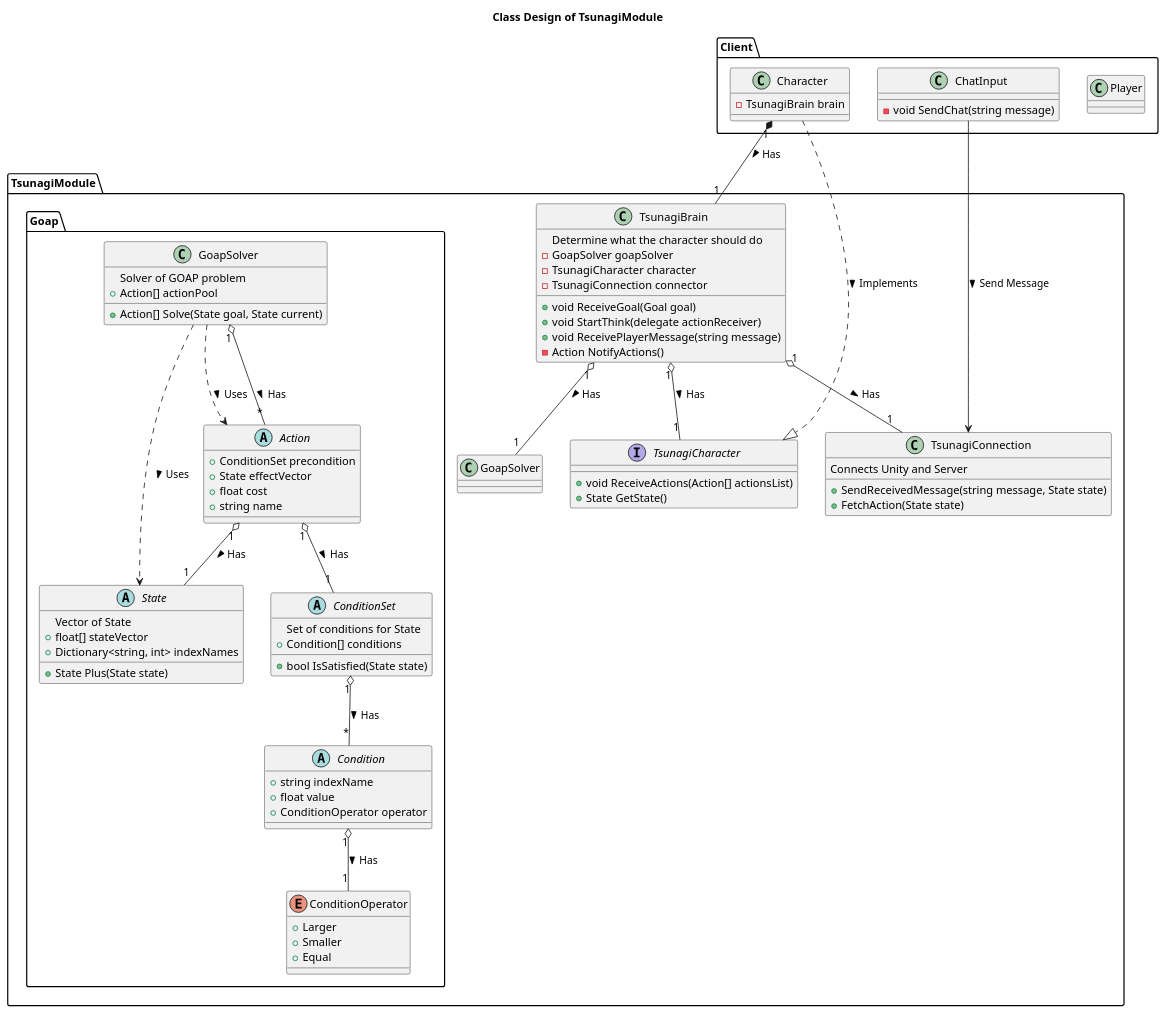
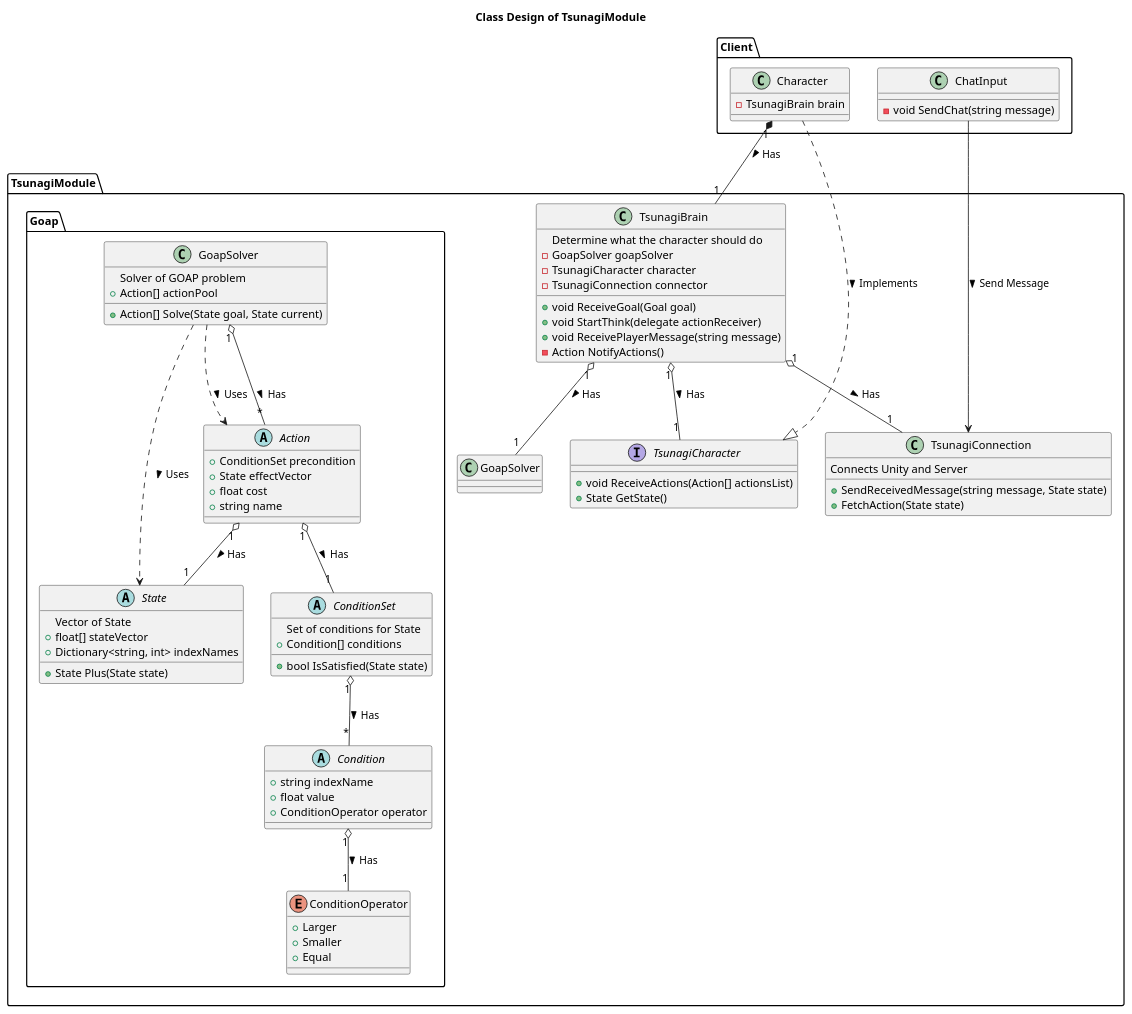
One commit to tsunagi-ai/UnityModuleDesign changed the diagram in classes.puml. Above: the diagram before and after it, drawn with PlantUML.

Commit message:
delete player class

```diff
--- a/classes.puml
+++ b/classes.puml
@@ -1,94 +1,91 @@
 @startuml
 title Class Design of TsunagiModule
 
 package TsunagiModule {
   class TsunagiBrain {
     Determine what the character should do
     +void ReceiveGoal(Goal goal)
     +void StartThink(delegate actionReceiver)
     +void ReceivePlayerMessage(string message)
     -Action NotifyActions()
     -GoapSolver goapSolver
     -TsunagiCharacter character
     -TsunagiConnection connector
   }
   TsunagiBrain "1" o-- "1" GoapSolver : Has >
   TsunagiBrain "1" o-- "1" TsunagiConnection : Has >
   TsunagiBrain "1" o-- "1" TsunagiCharacter : Has >
   
   class TsunagiConnection {
     Connects Unity and Server
     +SendReceivedMessage(string message, State state)
     +FetchAction(State state)
   }
 
   interface TsunagiCharacter {
     +void ReceiveActions(Action[] actionsList)
     +State GetState()
   }
 
   package Goap{
     class GoapSolver {
       Solver of GOAP problem
       +Action[] Solve(State goal, State current)
       +Action[] actionPool
     }
     GoapSolver ..> State : Uses >
     GoapSolver ..> Action : Uses >
     GoapSolver "1" o-- "*" Action : Has >
 
     abstract State{
       Vector of State
       +State Plus(State state)
       +float[] stateVector
       +Dictionary<string, int> indexNames
     }
 
     abstract Action {
       +ConditionSet precondition
       +State effectVector
       +float cost
       +string name
     }
     Action "1" o-- "1" State : Has >
     Action "1" o-- "1" ConditionSet : Has >
 
     abstract ConditionSet{
       Set of conditions for State
       +bool IsSatisfied(State state)
       +Condition[] conditions
     }
     ConditionSet "1" o-- "*" Condition : Has >
 
     abstract Condition{
       +string indexName
       +float value
       +ConditionOperator operator
     }
     Condition "1" o-- "1" ConditionOperator : Has >
 
     enum ConditionOperator {
       +Larger
       +Smaller
       +Equal
     }
   }
 }
 
 package Client{
-  class Player {
-  }
-
   class Character {
     -TsunagiBrain brain
   }
   Character ..|> TsunagiCharacter : Implements >
   Character "1" *-- "1" TsunagiBrain : Has >
 
   class ChatInput {
     -void SendChat(string message)
   }
   ChatInput --> TsunagiConnection : Send Message >
 }
 
 @enduml
```
